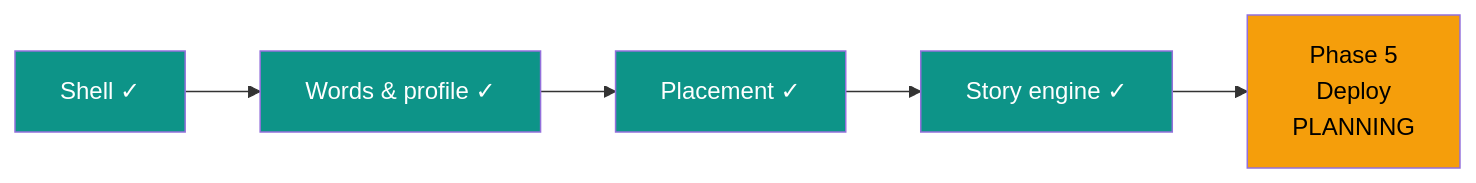
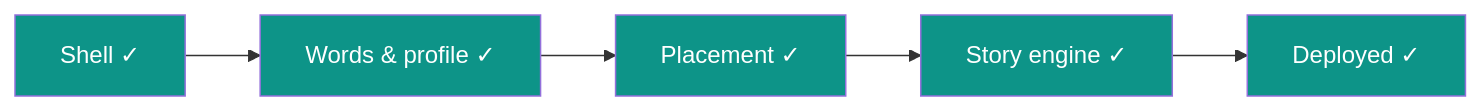
One commit to dkreinov/magic-clinic-english changed the diagram in .oplan/first-build/STATUS.md. Above: the diagram before and after it, drawn with Mermaid. The commit also changed other lines of this file, not shown here.

````diff
--- a/.oplan/first-build/STATUS.md
+++ b/.oplan/first-build/STATUS.md
@@ -14,9 +14,9 @@
 ```mermaid
 flowchart LR
-    P1[Shell ✓] --> P2[Words & profile ✓] --> P3[Placement ✓] --> P4[Story engine ✓] --> P5[Phase 5<br/>Deploy<br/>PLANNING]
+    P1[Shell ✓] --> P2[Words & profile ✓] --> P3[Placement ✓] --> P4[Story engine ✓] --> P5[Deployed ✓]
     style P1 fill:#0d9488,color:#fff
     style P2 fill:#0d9488,color:#fff
     style P3 fill:#0d9488,color:#fff
     style P4 fill:#0d9488,color:#fff
-    style P5 fill:#f59e0b,color:#000
+    style P5 fill:#0d9488,color:#fff
 ```
````
